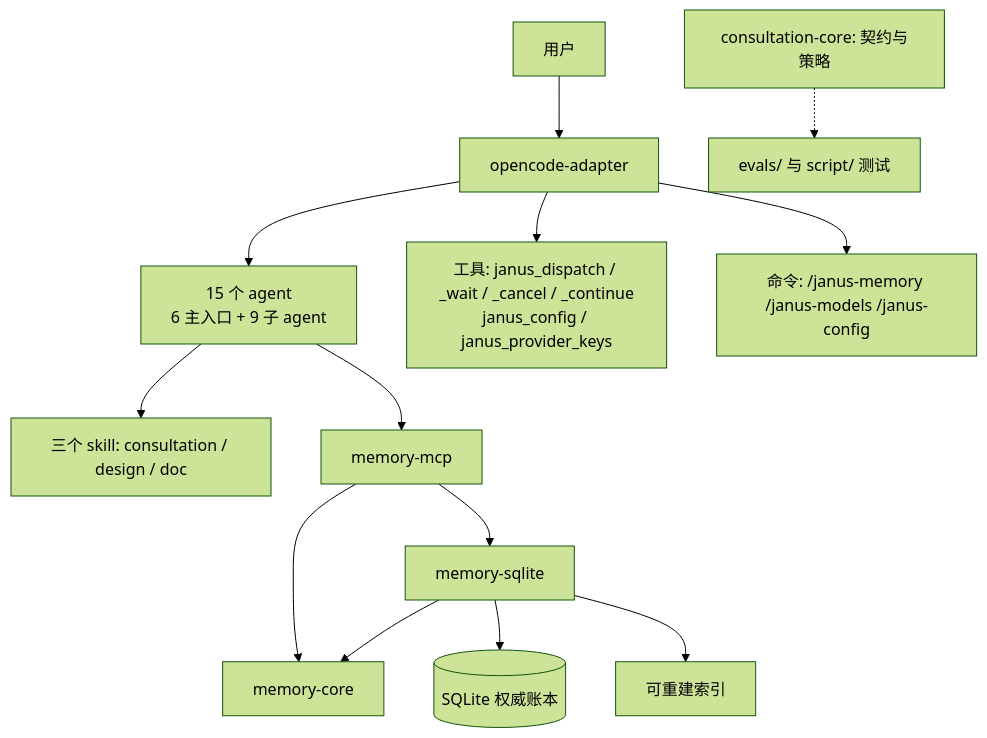
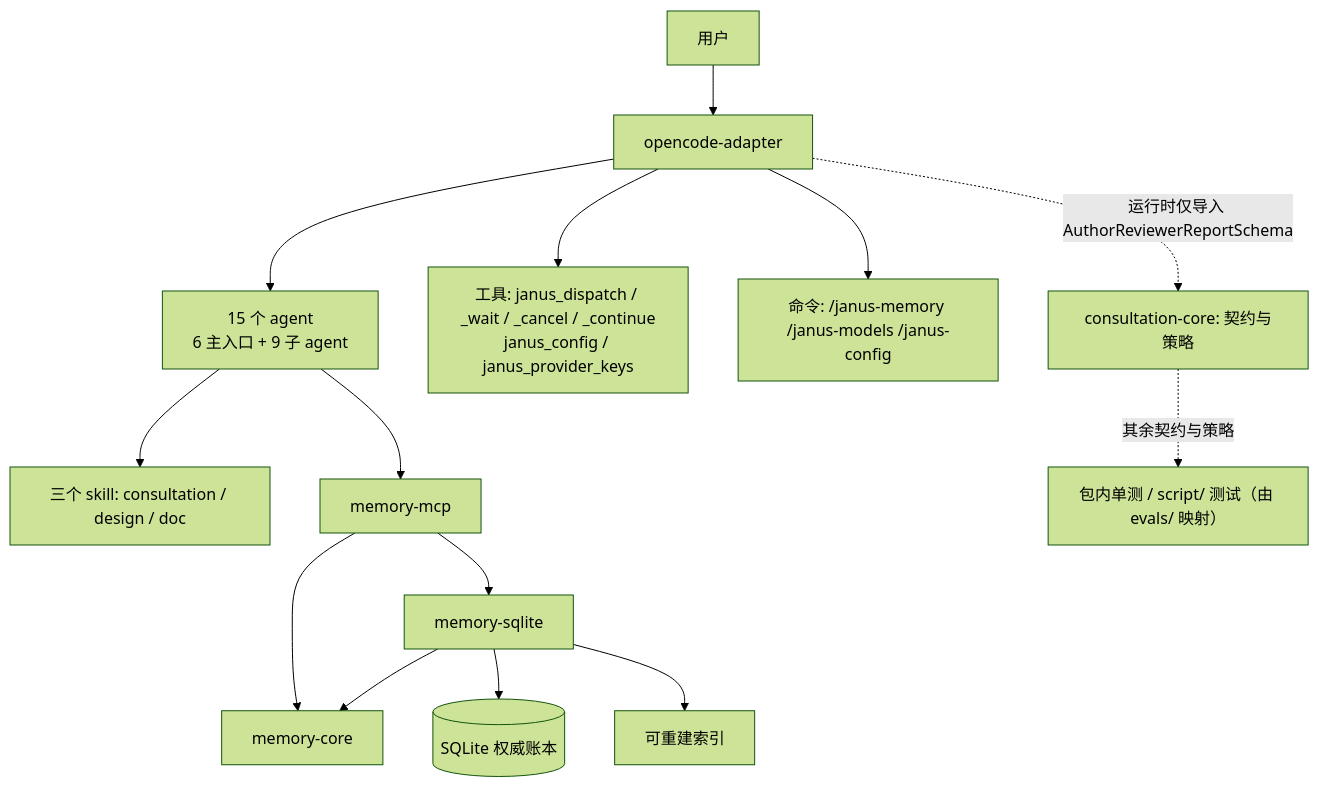
Before and after one commit to Arrowyi/janus-agent-plugin: the first of 2 diagrams in docs/architecture.md, drawn with Mermaid (forest theme). The commit also changed other lines of this file and 6 other files, not shown here.

````diff
--- a/docs/architecture.md
+++ b/docs/architecture.md
@@ -39,15 +39,16 @@
 ```mermaid
 flowchart TB
     U[用户] --> OA["opencode-adapter"]
     OA --> AG["15 个 agent<br/>6 主入口 + 9 子 agent"]
     OA --> TL["工具: janus_dispatch / _wait / _cancel / _continue<br/>janus_config / janus_provider_keys"]
     OA --> CMD["命令: /janus-memory /janus-models /janus-config"]
     AG --> SK["三个 skill: consultation / design / doc"]
     AG --> MCP["memory-mcp"]
     MCP --> SQ["memory-sqlite"]
     MCP --> MC["memory-core"]
     SQ --> MC
     SQ --> DB[(SQLite 权威账本)]
     SQ --> IDX[可重建索引]
-    CC["consultation-core: 契约与策略"] -.-> T["evals/ 与 script/ 测试"]
+    OA -.->|"运行时仅导入 AuthorReviewerReportSchema"| CC["consultation-core: 契约与策略"]
+    CC -.->|"其余契约与策略"| T["包内单测 / script/ 测试（由 evals/ 映射）"]
 ```
````
